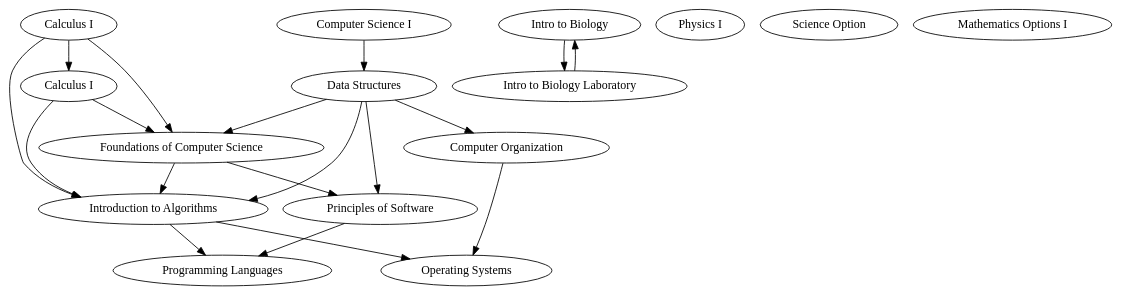
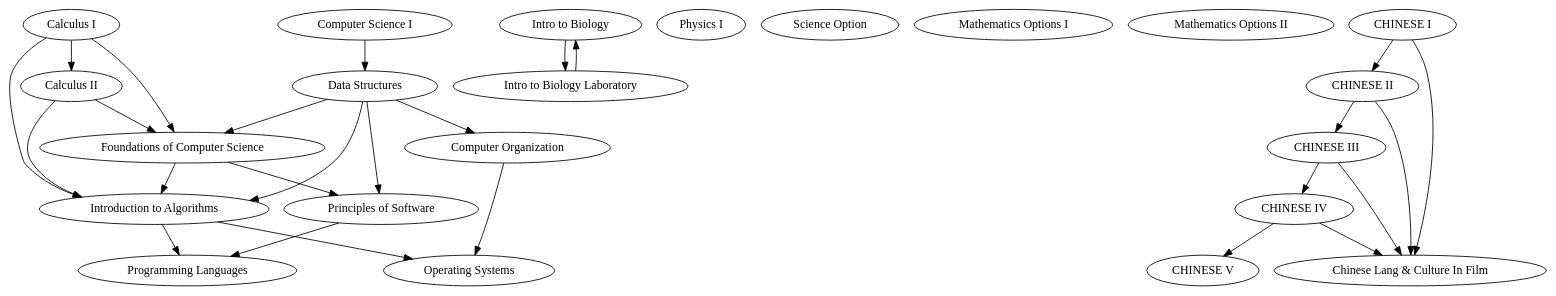
The diagram in doctest-output/Digraph.gv (rlacobelle20/IV-HW3), drawn with Graphviz before and after one commit. The commit also changed 2 other files, not shown here.

Commit message:
chinese pathway/minor fixed

```diff
--- a/doctest-output/Digraph.gv
+++ b/doctest-output/Digraph.gv
@@ -1,36 +1,51 @@
 // CSCI 2024 Template
 digraph {
 	"CSCI 1100" [label="Computer Science I"]
 	"CSCI 1200" [label="Data Structures"]
 	"CSCI 2200" [label="Foundations of Computer Science"]
 	"CSCI 2500" [label="Computer Organization"]
 	"CSCI 2300" [label="Introduction to Algorithms"]
 	"CSCI 2600" [label="Principles of Software"]
 	"CSCI 4430" [label="Programming Languages"]
 	"CSCI 4210" [label="Operating Systems"]
 	"BIOL 1010" [label="Intro to Biology"]
 	"BIOL 1015" [label="Intro to Biology Laboratory"]
 	"BIOL 1010" -> "BIOL 1015"
 	"PHYS 1100" [label="Physics I"]
 	SCIOP [label="Science Option"]
 	"MATH 1010" [label="Calculus I"]
-	"MATH 1020" [label="Calculus I"]
+	"MATH 1020" [label="Calculus II"]
 	"MATH 1" [label="Mathematics Options I"]
+	"MATH 2" [label="Mathematics Options II"]
+	"LANG 1410" [label="CHINESE I"]
+	"LANG 2410" [label="CHINESE II"]
+	"LANG 2420" [label="CHINESE III"]
+	"LANG 4430" [label="CHINESE IV"]
+	"LANG 4470" [label="CHINESE V"]
+	"LANG 4961" [label="Chinese Lang & Culture In Film"]
+	"LANG 2420" -> "LANG 4961"
 	"CSCI 1100" -> "CSCI 1200"
 	"CSCI 1200" -> "CSCI 2200"
 	"MATH 1010" -> "CSCI 2200"
 	"MATH 1020" -> "CSCI 2200"
 	"CSCI 1200" -> "CSCI 2500"
 	"CSCI 1200" -> "CSCI 2300"
 	"CSCI 2200" -> "CSCI 2300"
 	"MATH 1010" -> "CSCI 2300"
 	"MATH 1020" -> "CSCI 2300"
 	"CSCI 1200" -> "CSCI 2600"
 	"CSCI 2200" -> "CSCI 2600"
 	"CSCI 2300" -> "CSCI 4430"
 	"CSCI 2600" -> "CSCI 4430"
 	"CSCI 2300" -> "CSCI 4210"
 	"CSCI 2500" -> "CSCI 4210"
 	"BIOL 1015" -> "BIOL 1010"
 	"MATH 1010" -> "MATH 1020"
+	"LANG 1410" -> "LANG 2410"
+	"LANG 2410" -> "LANG 2420"
+	"LANG 2420" -> "LANG 4430"
+	"LANG 4430" -> "LANG 4470"
+	"LANG 1410" -> "LANG 4961"
+	"LANG 2410" -> "LANG 4961"
+	"LANG 4430" -> "LANG 4961"
 }
```
